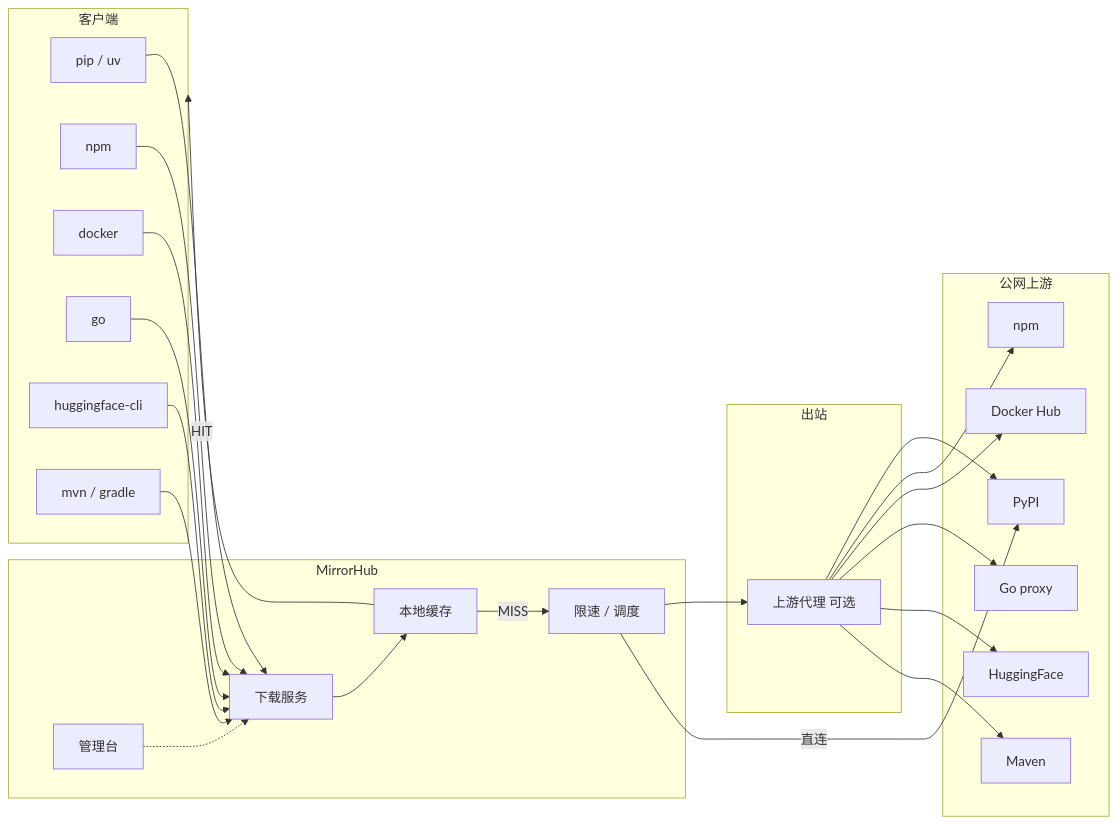
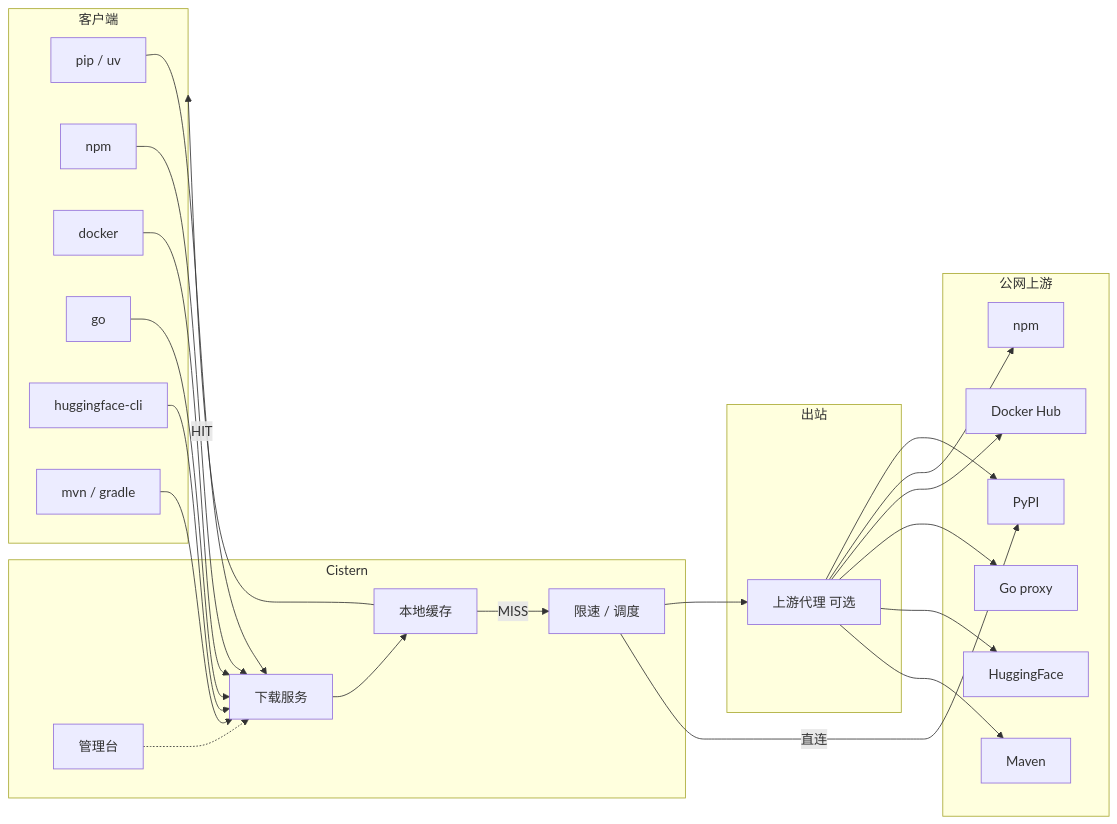
Before and after one commit to nihaoyanzu/cistern: the diagram in README.zh-CN.md, drawn with Mermaid. The commit also changed other lines of this file and 1 other file, not shown here.

Commit message:
对外说明里的产品名改为 Cistern，与仓库名对齐。

````diff
--- a/README.zh-CN.md
+++ b/README.zh-CN.md
@@ -149,50 +149,50 @@
 ```mermaid
 flowchart LR
   subgraph clients [客户端]
     PIP[pip / uv]
     NPM[npm]
     DOCKER[docker]
     GO[go]
     HF[huggingface-cli]
     MVN[mvn / gradle]
   end
 
-  subgraph mh [MirrorHub]
+  subgraph mh [Cistern]
     DL[下载服务]
     ADM[管理台]
     CACHE[本地缓存]
     RATE[限速 / 调度]
   end
 
   subgraph out [出站]
     UP[上游代理 可选]
   end
 
   subgraph remote [公网上游]
     PYPI[PyPI]
     NPMREG[npm]
     DREG[Docker Hub]
     GOMOD[Go proxy]
     HFHUB[HuggingFace]
     MAVEN[Maven]
   end
 
   PIP --> DL
   NPM --> DL
   DOCKER --> DL
   GO --> DL
   HF --> DL
   MVN --> DL
   ADM -.-> DL
   DL --> CACHE
   CACHE -->|MISS| RATE
   RATE --> UP
   UP --> PYPI
   UP --> NPMREG
   UP --> DREG
   UP --> GOMOD
   UP --> HFHUB
   UP --> MAVEN
   RATE -->|直连| PYPI
   CACHE -->|HIT| clients
 ```
````
